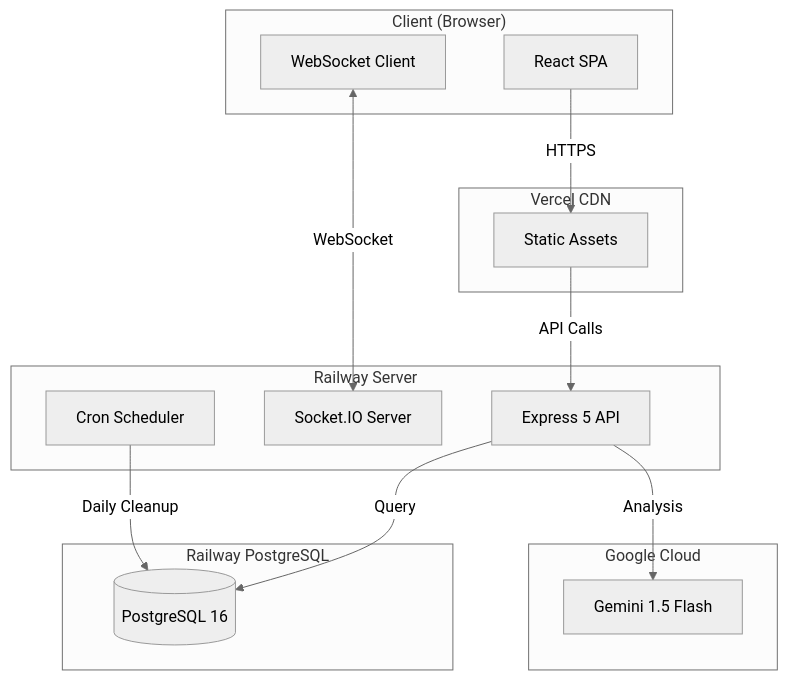
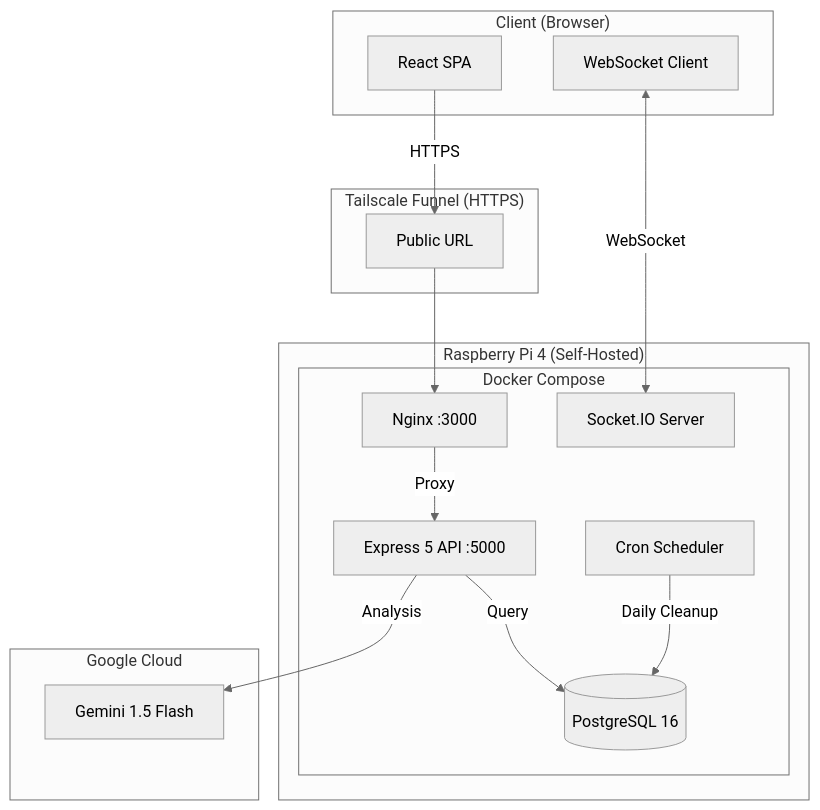
The third of 11 diagrams in README.md (doublesilver/subway-board), drawn with Mermaid (neutral theme) before and after one commit. The commit also changed other lines of this file and 2 other files, not shown here.

First line of the commit message:
docs: update documentation for Raspberry Pi self-hosting

````diff
--- a/README.md
+++ b/README.md
@@ -200,32 +204,33 @@
 ```mermaid
 flowchart TB
     subgraph Client["Client (Browser)"]
         ReactApp[React SPA]
         WS_Client[WebSocket Client]
     end
 
-    subgraph CDN["Vercel CDN"]
-        Static[Static Assets]
+    subgraph Tailscale["Tailscale Funnel (HTTPS)"]
+        Funnel[Public URL]
     end
 
-    subgraph Server["Railway Server"]
-        ExpressAPI[Express 5 API]
-        WS_Server[Socket.IO Server]
-        Scheduler[Cron Scheduler]
+    subgraph RaspberryPi["Raspberry Pi 4 (Self-Hosted)"]
+        subgraph Docker["Docker Compose"]
+            Nginx[Nginx :3000]
+            ExpressAPI[Express 5 API :5000]
+            WS_Server[Socket.IO Server]
+            Scheduler[Cron Scheduler]
+            PostgreSQL[(PostgreSQL 16)]
+        end
     end
 
     subgraph AI_Service["Google Cloud"]
         Gemini_API[Gemini 1.5 Flash]
     end
 
-    subgraph DB["Railway PostgreSQL"]
-        PostgreSQL[(PostgreSQL 16)]
-    end
-
-    ReactApp -->|HTTPS| Static
-    Static -->|API Calls| ExpressAPI
+    ReactApp -->|HTTPS| Funnel
+    Funnel --> Nginx
+    Nginx -->|Proxy| ExpressAPI
     WS_Client <-->|WebSocket| WS_Server
     ExpressAPI -->|Query| PostgreSQL
     ExpressAPI -->|Analysis| Gemini_API
     Scheduler -->|Daily Cleanup| PostgreSQL
 ```
````
